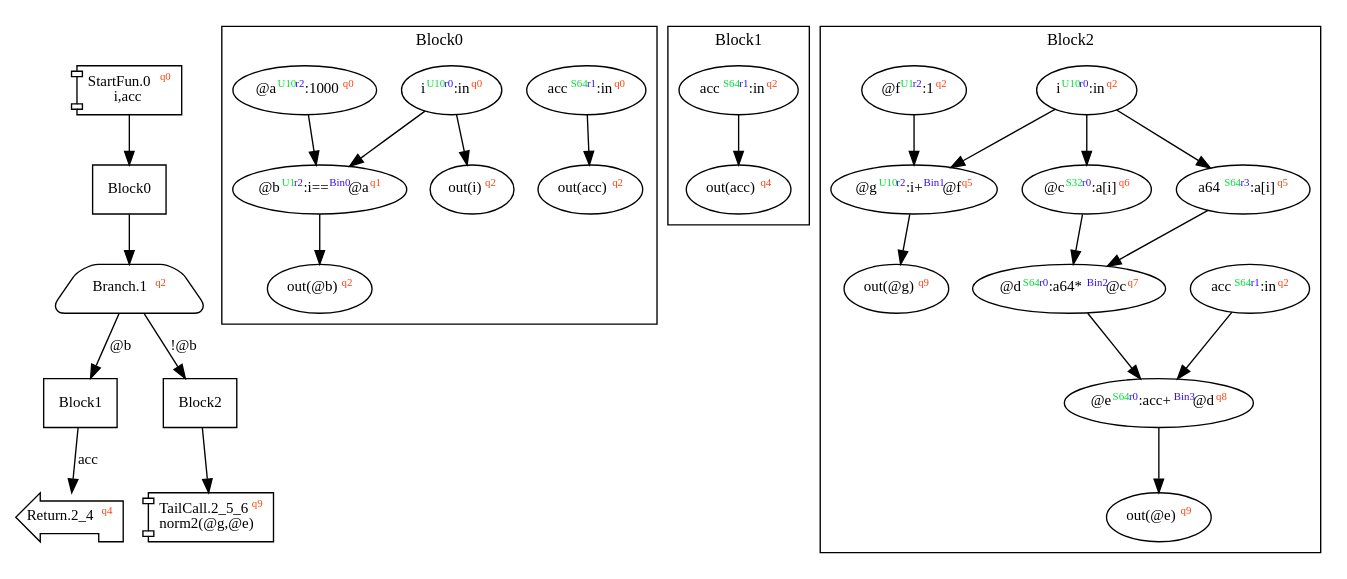
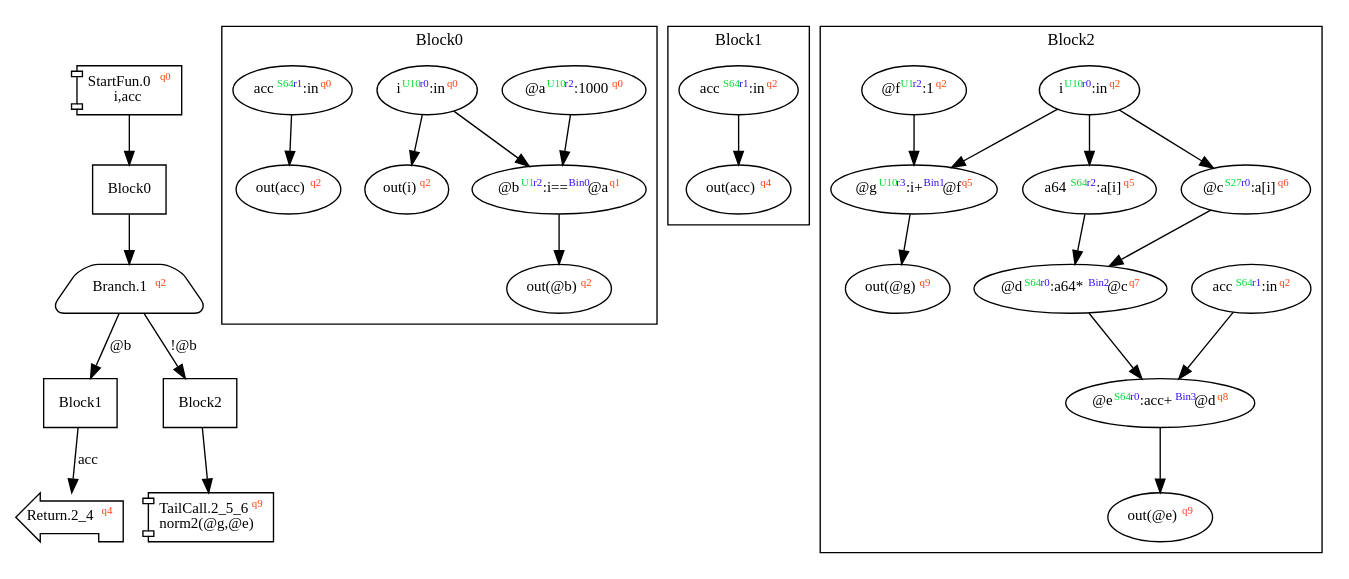
The diagram in dist/norm2.dot (akouryy/SyntheScala), drawn with Graphviz before and after one commit. The commit also changed 16 other files, not shown here.

```diff
--- a/dist/norm2.dot
+++ b/dist/norm2.dot
@@ -1,46 +1,46 @@
 digraph Program_ {
 graph [fontname = "Monaco", fontsize = 12, ranksep = 0.5];
 node [shape = box, fontname = "Monaco", fontsize = 11; colorscheme = pastel19];
 edge [fontname = "Monaco", fontsize = 11; colorscheme = pastel19];
 Jump0[label = <StartFun.0<font color="#ff4411" point-size="8"><sup>q0</sup></font><br/>i,acc>; shape = component];
 Jump0 -> Block0;
 Jump1[
   label = <Branch.1<font color="#ff4411" point-size="8"><sup>q2</sup></font>>;
   shape = trapezium; style = rounded;
 ];
 Block0 -> Jump1;
 Jump1 -> Block1 [label="@b"];
 Jump1 -> Block2 [label="!@b"];
 Jump2_4[label = <Return.2_4<font color="#ff4411" point-size="8"><sup>q4</sup></font>>; shape = lpromoter];
 Block1 -> Jump2_4 [label="acc"];
 Jump2_5_6[label = <TailCall.2_5_6<font color="#ff4411" point-size="8"><sup>q9</sup></font><br/>norm2(@g,@e)>; shape = component];
 Block2 -> Jump2_5_6;
 Block0 [label = "Block0"];
 Block1 [label = "Block1"];
 Block2 [label = "Block2"];
 subgraph cluster_dfg_Block0{
 node [shape = oval];
 label = "Block0";
-ndBlock0_0 [label=<@b<font color="#00dd33" point-size="8"><sup>U1</sup></font><font color="#3311ff" point-size="8"><sup>r2</sup></font>:i==<font color="#3311ff" point-size="8"><sup>Bin0</sup></font>@a<font color="#ff4411" point-size="8"><sup>q1</sup></font>>];ndBlock0_1 [label=<out(acc)<font color="#ff4411" point-size="8"><sup>q2</sup></font>>];ndBlock0_2 [label=<acc<font color="#00dd33" point-size="8"><sup>S64</sup></font><font color="#3311ff" point-size="8"><sup>r1</sup></font>:in<font color="#ff4411" point-size="8"><sup>q0</sup></font>>];ndBlock0_3 [label=<i<font color="#00dd33" point-size="8"><sup>U10</sup></font><font color="#3311ff" point-size="8"><sup>r0</sup></font>:in<font color="#ff4411" point-size="8"><sup>q0</sup></font>>];ndBlock0_4 [label=<out(@b)<font color="#ff4411" point-size="8"><sup>q2</sup></font>>];ndBlock0_5 [label=<@a<font color="#00dd33" point-size="8"><sup>U10</sup></font><font color="#3311ff" point-size="8"><sup>r2</sup></font>:1000<font color="#ff4411" point-size="8"><sup>q0</sup></font>>];ndBlock0_6 [label=<out(i)<font color="#ff4411" point-size="8"><sup>q2</sup></font>>];ndBlock0_2 -> ndBlock0_1;
-ndBlock0_0 -> ndBlock0_4;
-ndBlock0_3 -> ndBlock0_0;
-ndBlock0_5 -> ndBlock0_0;
+ndBlock0_0 [label=<out(acc)<font color="#ff4411" point-size="8"><sup>q2</sup></font>>];ndBlock0_1 [label=<i<font color="#00dd33" point-size="8"><sup>U10</sup></font><font color="#3311ff" point-size="8"><sup>r0</sup></font>:in<font color="#ff4411" point-size="8"><sup>q0</sup></font>>];ndBlock0_2 [label=<out(@b)<font color="#ff4411" point-size="8"><sup>q2</sup></font>>];ndBlock0_3 [label=<@a<font color="#00dd33" point-size="8"><sup>U10</sup></font><font color="#3311ff" point-size="8"><sup>r2</sup></font>:1000<font color="#ff4411" point-size="8"><sup>q0</sup></font>>];ndBlock0_4 [label=<out(i)<font color="#ff4411" point-size="8"><sup>q2</sup></font>>];ndBlock0_5 [label=<acc<font color="#00dd33" point-size="8"><sup>S64</sup></font><font color="#3311ff" point-size="8"><sup>r1</sup></font>:in<font color="#ff4411" point-size="8"><sup>q0</sup></font>>];ndBlock0_6 [label=<@b<font color="#00dd33" point-size="8"><sup>U1</sup></font><font color="#3311ff" point-size="8"><sup>r2</sup></font>:i==<font color="#3311ff" point-size="8"><sup>Bin0</sup></font>@a<font color="#ff4411" point-size="8"><sup>q1</sup></font>>];ndBlock0_5 -> ndBlock0_0;
+ndBlock0_1 -> ndBlock0_6;
 ndBlock0_3 -> ndBlock0_6;
+ndBlock0_6 -> ndBlock0_2;
+ndBlock0_1 -> ndBlock0_4;
 }subgraph cluster_dfg_Block1{
 node [shape = oval];
 label = "Block1";
 ndBlock1_0 [label=<acc<font color="#00dd33" point-size="8"><sup>S64</sup></font><font color="#3311ff" point-size="8"><sup>r1</sup></font>:in<font color="#ff4411" point-size="8"><sup>q2</sup></font>>];ndBlock1_1 [label=<out(acc)<font color="#ff4411" point-size="8"><sup>q4</sup></font>>];ndBlock1_0 -> ndBlock1_1;
 }subgraph cluster_dfg_Block2{
 node [shape = oval];
 label = "Block2";
-ndBlock2_0 [label=<out(@e)<font color="#ff4411" point-size="8"><sup>q9</sup></font>>];ndBlock2_1 [label=<@d<font color="#00dd33" point-size="8"><sup>S64</sup></font><font color="#3311ff" point-size="8"><sup>r0</sup></font>:a64*<font color="#3311ff" point-size="8"><sup>Bin2</sup></font>@c<font color="#ff4411" point-size="8"><sup>q7</sup></font>>];ndBlock2_2 [label=<acc<font color="#00dd33" point-size="8"><sup>S64</sup></font><font color="#3311ff" point-size="8"><sup>r1</sup></font>:in<font color="#ff4411" point-size="8"><sup>q2</sup></font>>];ndBlock2_3 [label=<i<font color="#00dd33" point-size="8"><sup>U10</sup></font><font color="#3311ff" point-size="8"><sup>r0</sup></font>:in<font color="#ff4411" point-size="8"><sup>q2</sup></font>>];ndBlock2_4 [label=<out(@g)<font color="#ff4411" point-size="8"><sup>q9</sup></font>>];ndBlock2_5 [label=<@f<font color="#00dd33" point-size="8"><sup>U1</sup></font><font color="#3311ff" point-size="8"><sup>r2</sup></font>:1<font color="#ff4411" point-size="8"><sup>q2</sup></font>>];ndBlock2_6 [label=<@g<font color="#00dd33" point-size="8"><sup>U10</sup></font><font color="#3311ff" point-size="8"><sup>r2</sup></font>:i+<font color="#3311ff" point-size="8"><sup>Bin1</sup></font>@f<font color="#ff4411" point-size="8"><sup>q5</sup></font>>];ndBlock2_7 [label=<@c<font color="#00dd33" point-size="8"><sup>S32</sup></font><font color="#3311ff" point-size="8"><sup>r0</sup></font>:a[i]<font color="#ff4411" point-size="8"><sup>q6</sup></font>>];ndBlock2_8 [label=<a64<font color="#00dd33" point-size="8"><sup>S64</sup></font><font color="#3311ff" point-size="8"><sup>r3</sup></font>:a[i]<font color="#ff4411" point-size="8"><sup>q5</sup></font>>];ndBlock2_9 [label=<@e<font color="#00dd33" point-size="8"><sup>S64</sup></font><font color="#3311ff" point-size="8"><sup>r0</sup></font>:acc+<font color="#3311ff" point-size="8"><sup>Bin3</sup></font>@d<font color="#ff4411" point-size="8"><sup>q8</sup></font>>];ndBlock2_3 -> ndBlock2_6;
-ndBlock2_5 -> ndBlock2_6;
-ndBlock2_6 -> ndBlock2_4;
-ndBlock2_3 -> ndBlock2_8;
-ndBlock2_9 -> ndBlock2_0;
-ndBlock2_3 -> ndBlock2_7;
-ndBlock2_1 -> ndBlock2_9;
-ndBlock2_2 -> ndBlock2_9;
-ndBlock2_7 -> ndBlock2_1;
-ndBlock2_8 -> ndBlock2_1;
+ndBlock2_0 [label=<@e<font color="#00dd33" point-size="8"><sup>S64</sup></font><font color="#3311ff" point-size="8"><sup>r0</sup></font>:acc+<font color="#3311ff" point-size="8"><sup>Bin3</sup></font>@d<font color="#ff4411" point-size="8"><sup>q8</sup></font>>];ndBlock2_1 [label=<@c<font color="#00dd33" point-size="8"><sup>S27</sup></font><font color="#3311ff" point-size="8"><sup>r0</sup></font>:a[i]<font color="#ff4411" point-size="8"><sup>q6</sup></font>>];ndBlock2_2 [label=<a64<font color="#00dd33" point-size="8"><sup>S64</sup></font><font color="#3311ff" point-size="8"><sup>r2</sup></font>:a[i]<font color="#ff4411" point-size="8"><sup>q5</sup></font>>];ndBlock2_3 [label=<out(@e)<font color="#ff4411" point-size="8"><sup>q9</sup></font>>];ndBlock2_4 [label=<acc<font color="#00dd33" point-size="8"><sup>S64</sup></font><font color="#3311ff" point-size="8"><sup>r1</sup></font>:in<font color="#ff4411" point-size="8"><sup>q2</sup></font>>];ndBlock2_5 [label=<i<font color="#00dd33" point-size="8"><sup>U10</sup></font><font color="#3311ff" point-size="8"><sup>r0</sup></font>:in<font color="#ff4411" point-size="8"><sup>q2</sup></font>>];ndBlock2_6 [label=<@d<font color="#00dd33" point-size="8"><sup>S64</sup></font><font color="#3311ff" point-size="8"><sup>r0</sup></font>:a64*<font color="#3311ff" point-size="8"><sup>Bin2</sup></font>@c<font color="#ff4411" point-size="8"><sup>q7</sup></font>>];ndBlock2_7 [label=<out(@g)<font color="#ff4411" point-size="8"><sup>q9</sup></font>>];ndBlock2_8 [label=<@f<font color="#00dd33" point-size="8"><sup>U1</sup></font><font color="#3311ff" point-size="8"><sup>r2</sup></font>:1<font color="#ff4411" point-size="8"><sup>q2</sup></font>>];ndBlock2_9 [label=<@g<font color="#00dd33" point-size="8"><sup>U10</sup></font><font color="#3311ff" point-size="8"><sup>r3</sup></font>:i+<font color="#3311ff" point-size="8"><sup>Bin1</sup></font>@f<font color="#ff4411" point-size="8"><sup>q5</sup></font>>];ndBlock2_9 -> ndBlock2_7;
+ndBlock2_5 -> ndBlock2_2;
+ndBlock2_5 -> ndBlock2_9;
+ndBlock2_8 -> ndBlock2_9;
+ndBlock2_5 -> ndBlock2_1;
+ndBlock2_4 -> ndBlock2_0;
+ndBlock2_6 -> ndBlock2_0;
+ndBlock2_0 -> ndBlock2_3;
+ndBlock2_1 -> ndBlock2_6;
+ndBlock2_2 -> ndBlock2_6;
 }}
```
